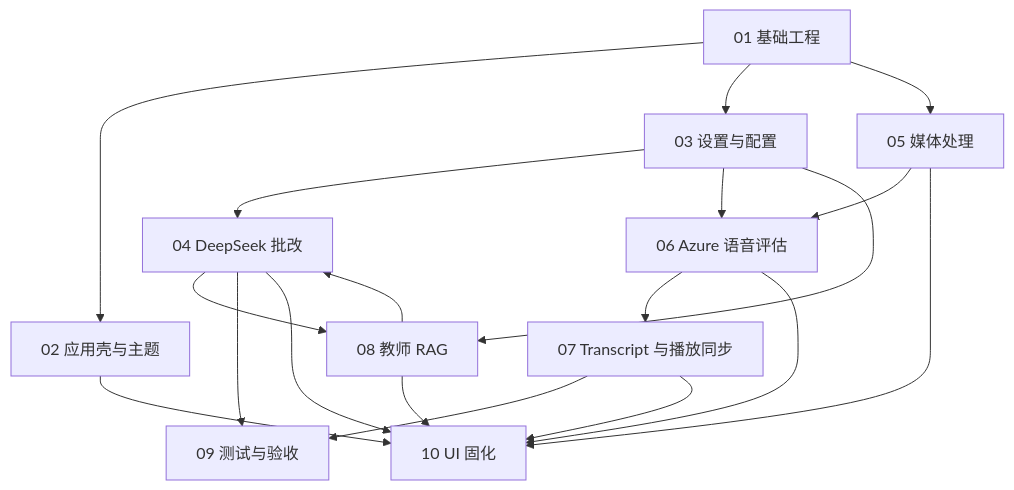
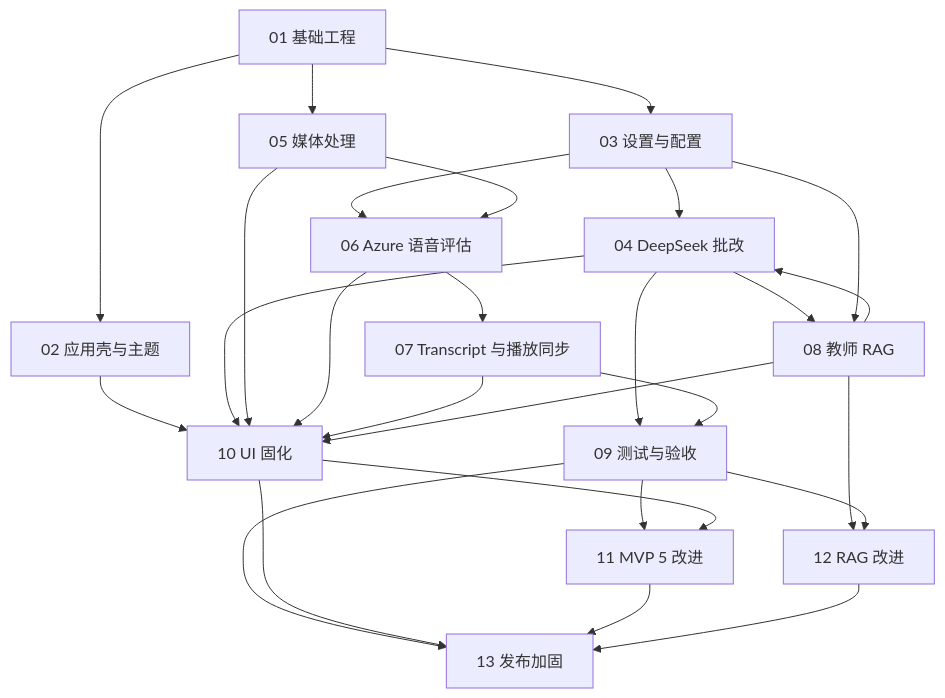
The diagram in docs/development/README.md (wHaleCircus27/ielts-speaking-test-copilot), drawn with Mermaid before and after one commit. The commit also changed other lines of this file and 21 other files, not shown here.

````diff
--- a/docs/development/README.md
+++ b/docs/development/README.md
@@ -36,21 +79,29 @@
 ```mermaid
 flowchart TD
   A["01 基础工程"] --> B["02 应用壳与主题"]
   A --> C["03 设置与配置"]
   C --> D["04 DeepSeek 批改"]
   A --> E["05 媒体处理"]
   C --> F["06 Azure 语音评估"]
   E --> F
   F --> G["07 Transcript 与播放同步"]
   D --> H["08 教师 RAG"]
   C --> H
   H --> D
   D --> I["09 测试与验收"]
   G --> I
   B --> J["10 UI 固化"]
   D --> J
   E --> J
   F --> J
   G --> J
   H --> J
+  I --> L["11 MVP 5 改进"]
+  J --> L
+  H --> M["12 RAG 改进"]
+  I --> M
+  I --> K["13 发布加固"]
+  J --> K
+  L --> K
+  M --> K
 ```
````
